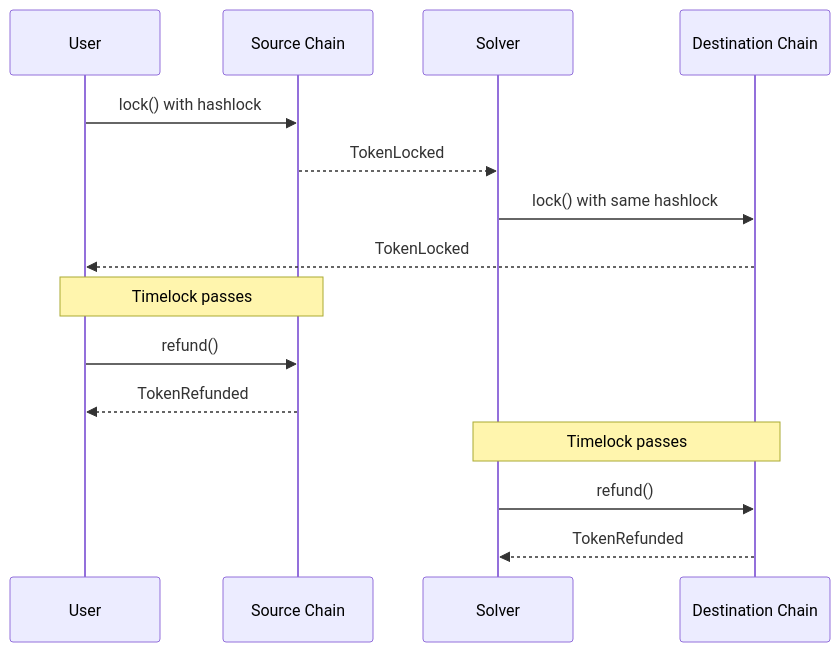
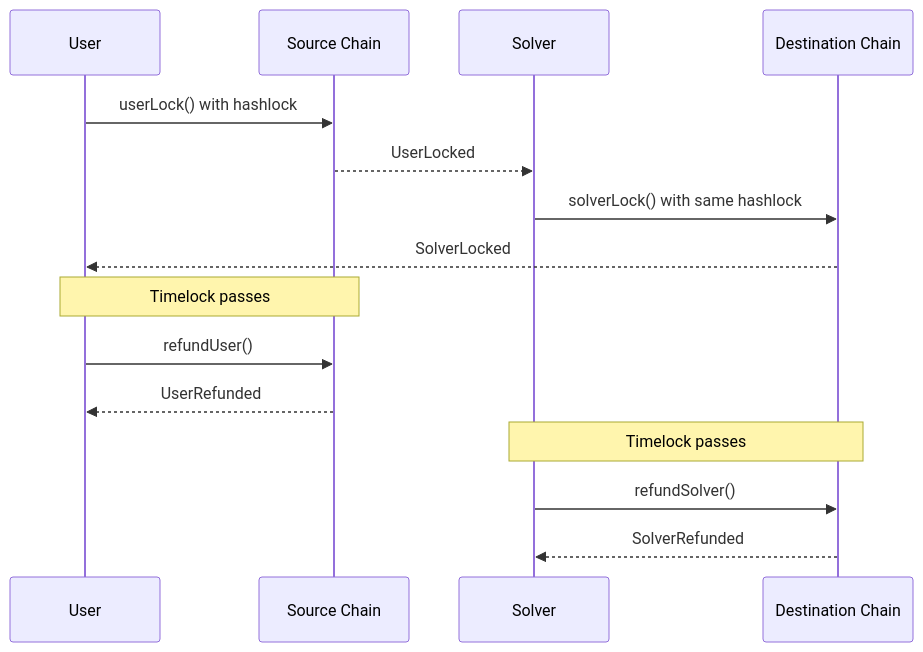
Before and after one commit to TrainProtocol/docs: the second of 4 diagrams in protocol-spec/edge-cases.mdx, drawn with Mermaid. The commit also changed other lines of this file and 12 other files, not shown here.

````diff
--- a/protocol-spec/edge-cases.mdx
+++ b/protocol-spec/edge-cases.mdx
@@ -35,21 +35,21 @@
 ```mermaid
 sequenceDiagram
     participant User
     participant SC as Source Chain
     participant Solver
     participant DC as Destination Chain
 
 	
-    User->>SC: lock() with hashlock
-    SC-->>Solver: TokenLocked
-    Solver->>DC: lock() with same hashlock
-    DC-->>User: TokenLocked
+    User->>SC: userLock() with hashlock
+    SC-->>Solver: UserLocked
+    Solver->>DC: solverLock() with same hashlock
+    DC-->>User: SolverLocked
     
     Note over User,SC: Timelock passes
-    User->>SC: refund()
-    SC-->>User: TokenRefunded
+    User->>SC: refundUser()
+    SC-->>User: UserRefunded
 		
 		Note over Solver,DC: Timelock passes
-    Solver->>DC: refund()
-    DC-->>Solver: TokenRefunded
+    Solver->>DC: refundSolver()
+    DC-->>Solver: SolverRefunded
 ```
````
